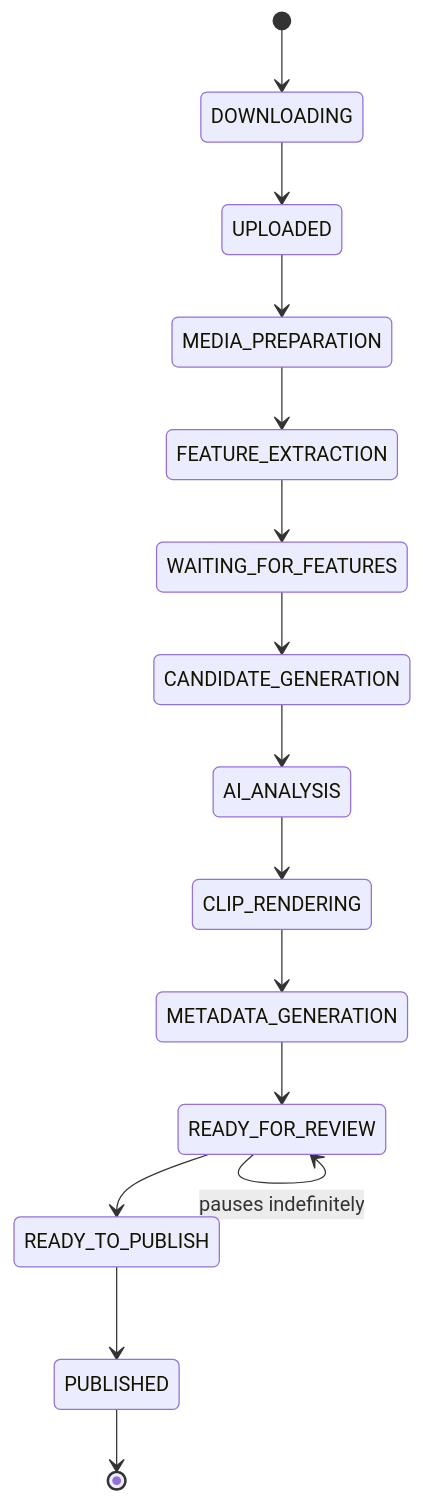
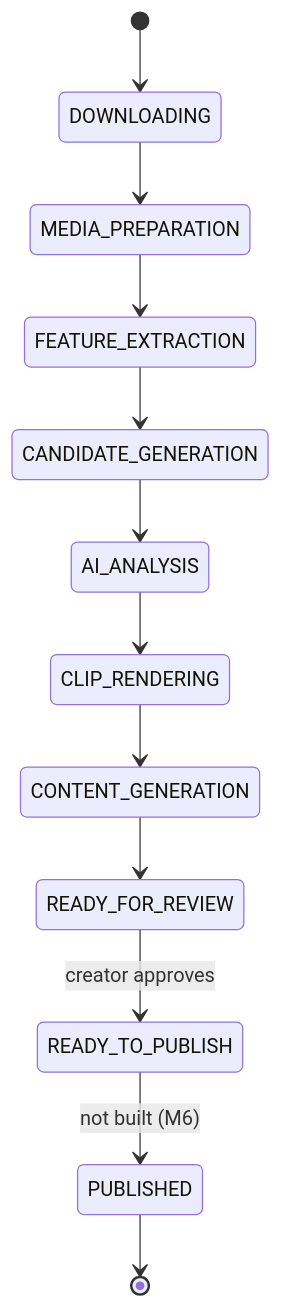
One commit to dashaun-ai/kirinuki changed the third of 3 diagrams in docs/ARCHITECTURE.md. Above: the diagram before and after it, drawn with Mermaid. The commit also changed other lines of this file and 24 other files, not shown here.

````diff
--- a/docs/ARCHITECTURE.md
+++ b/docs/ARCHITECTURE.md
@@ -187,17 +291,14 @@
 ```mermaid
 stateDiagram-v2
     [*] --> DOWNLOADING
-    DOWNLOADING --> UPLOADED
-    UPLOADED --> MEDIA_PREPARATION
+    DOWNLOADING --> MEDIA_PREPARATION
     MEDIA_PREPARATION --> FEATURE_EXTRACTION
-    FEATURE_EXTRACTION --> WAITING_FOR_FEATURES
-    WAITING_FOR_FEATURES --> CANDIDATE_GENERATION
+    FEATURE_EXTRACTION --> CANDIDATE_GENERATION
     CANDIDATE_GENERATION --> AI_ANALYSIS
     AI_ANALYSIS --> CLIP_RENDERING
-    CLIP_RENDERING --> METADATA_GENERATION
-    METADATA_GENERATION --> READY_FOR_REVIEW
-    READY_FOR_REVIEW --> READY_TO_PUBLISH
-    READY_TO_PUBLISH --> PUBLISHED
-    READY_FOR_REVIEW --> READY_FOR_REVIEW: pauses indefinitely
+    CLIP_RENDERING --> CONTENT_GENERATION
+    CONTENT_GENERATION --> READY_FOR_REVIEW
+    READY_FOR_REVIEW --> READY_TO_PUBLISH: creator approves
+    READY_TO_PUBLISH --> PUBLISHED: not built (M6)
     PUBLISHED --> [*]
 ```
````
